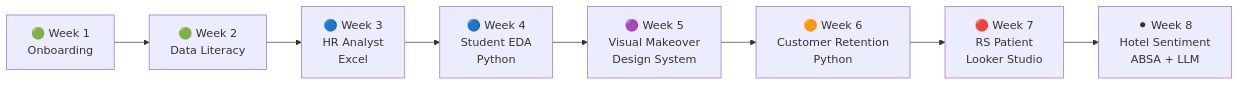
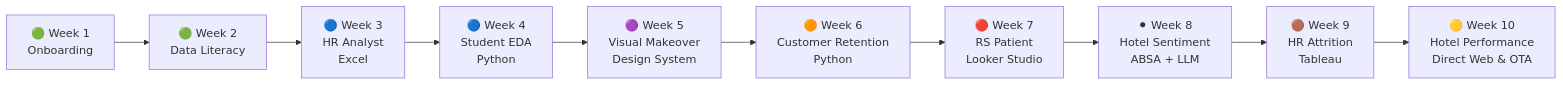
One commit to DarmawanWisnu/vinix-data-analyst changed the first of 9 diagrams in README.md. Above: the diagram before and after it, drawn with Mermaid. The commit also changed other lines of this file, not shown here.

````diff
--- a/README.md
+++ b/README.md
@@ -28,10 +28,12 @@
 ```mermaid
 flowchart LR
     W1[🟢 Week 1<br>Onboarding] --> W2[🟢 Week 2<br>Data Literacy]
     W2 --> W3[🔵 Week 3<br>HR Analyst<br>Excel]
     W3 --> W4[🔵 Week 4<br>Student EDA<br>Python]
     W4 --> W5[🟣 Week 5<br>Visual Makeover<br>Design System]
     W5 --> W6[🟠 Week 6<br>Customer Retention<br>Python]
     W6 --> W7[🔴 Week 7<br>RS Patient<br>Looker Studio]
     W7 --> W8[⚫ Week 8<br>Hotel Sentiment<br>ABSA + LLM]
+    W8 --> W9[🟤 Week 9<br>HR Attrition<br>Tableau]
+    W9 --> W10[🟡 Week 10<br>Hotel Performance<br>Direct Web & OTA]
 ```
````
